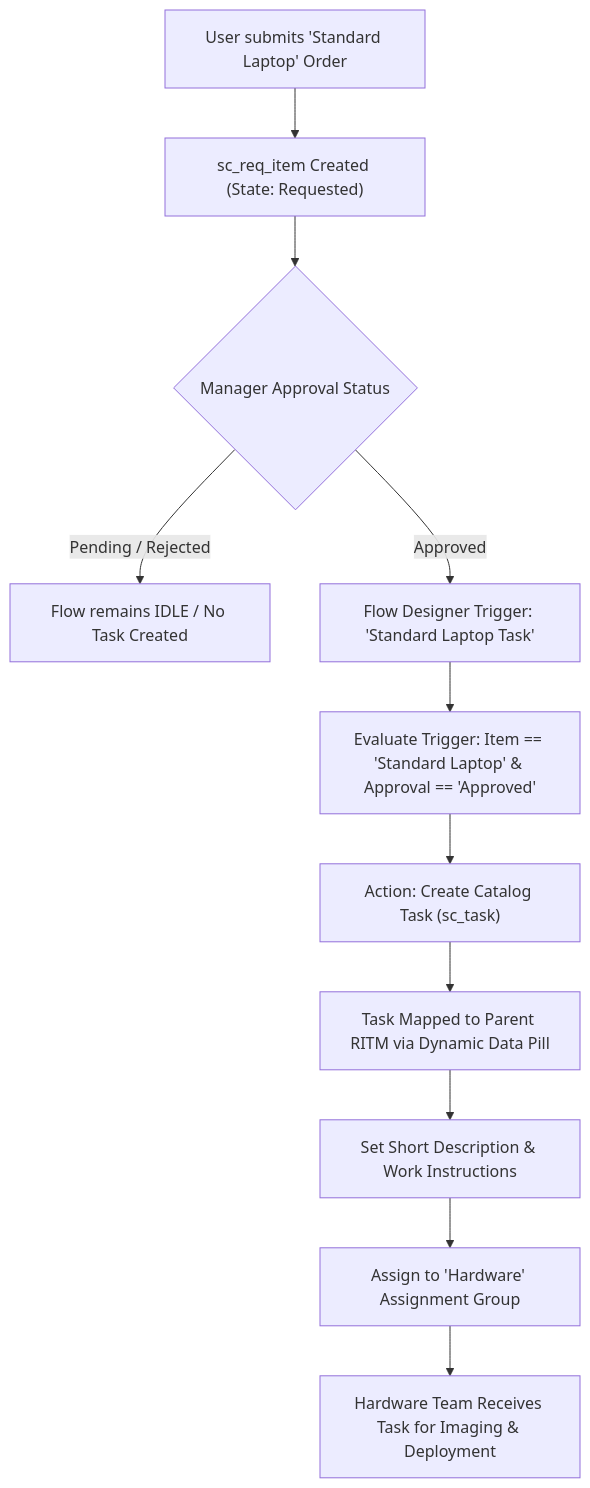
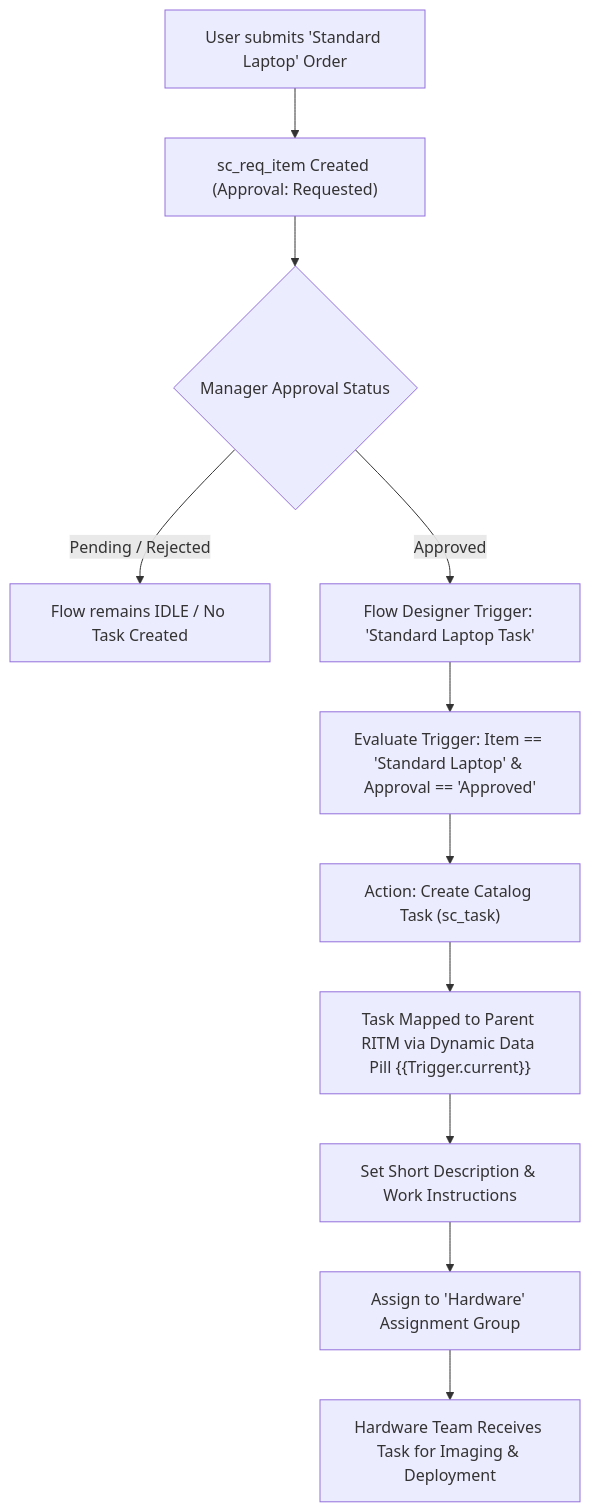
The diagram in README.md (RAKKI-25/Streamlining-IT-Procurement-Automating-Standard-Laptop-Orders-with-Flow-Designer), drawn with Mermaid before and after one commit. The commit also changed other lines of this file and 2 other files, not shown here.

````diff
--- a/README.md
+++ b/README.md
@@ -15,13 +29,13 @@
 ```mermaid
 flowchart TD
-    A["User submits 'Standard Laptop' Order"] --> B["sc_req_item Created (State: Requested)"]
+    A["User submits 'Standard Laptop' Order"] --> B["sc_req_item Created (Approval: Requested)"]
     B --> C{"Manager Approval Status"}
     C -- "Pending / Rejected" --> D["Flow remains IDLE / No Task Created"]
     C -- "Approved" --> E["Flow Designer Trigger: 'Standard Laptop Task'"]
     E --> F["Evaluate Trigger: Item == 'Standard Laptop' & Approval == 'Approved'"]
     F --> G["Action: Create Catalog Task (sc_task)"]
-    G --> H["Task Mapped to Parent RITM via Dynamic Data Pill"]
+    G --> H["Task Mapped to Parent RITM via Dynamic Data Pill {{Trigger.current}}"]
     H --> I["Set Short Description & Work Instructions"]
     I --> J["Assign to 'Hardware' Assignment Group"]
     J --> K["Hardware Team Receives Task for Imaging & Deployment"]
 ```
````
